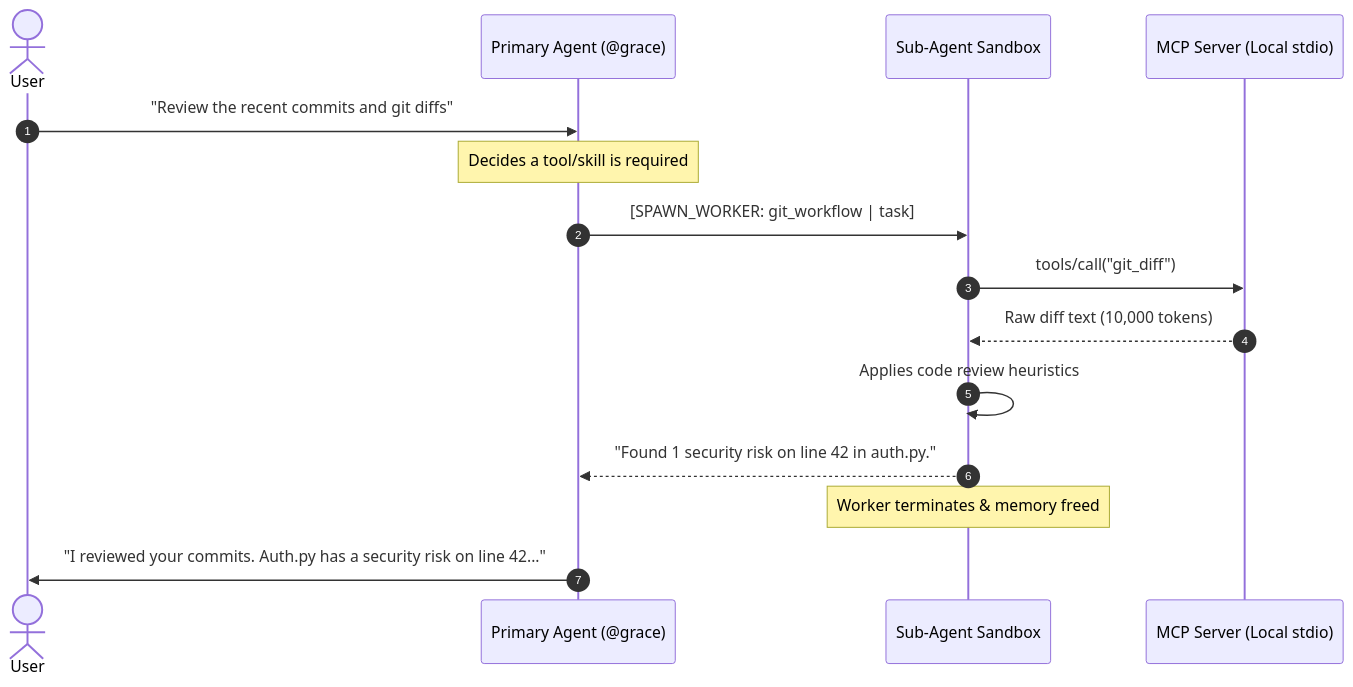
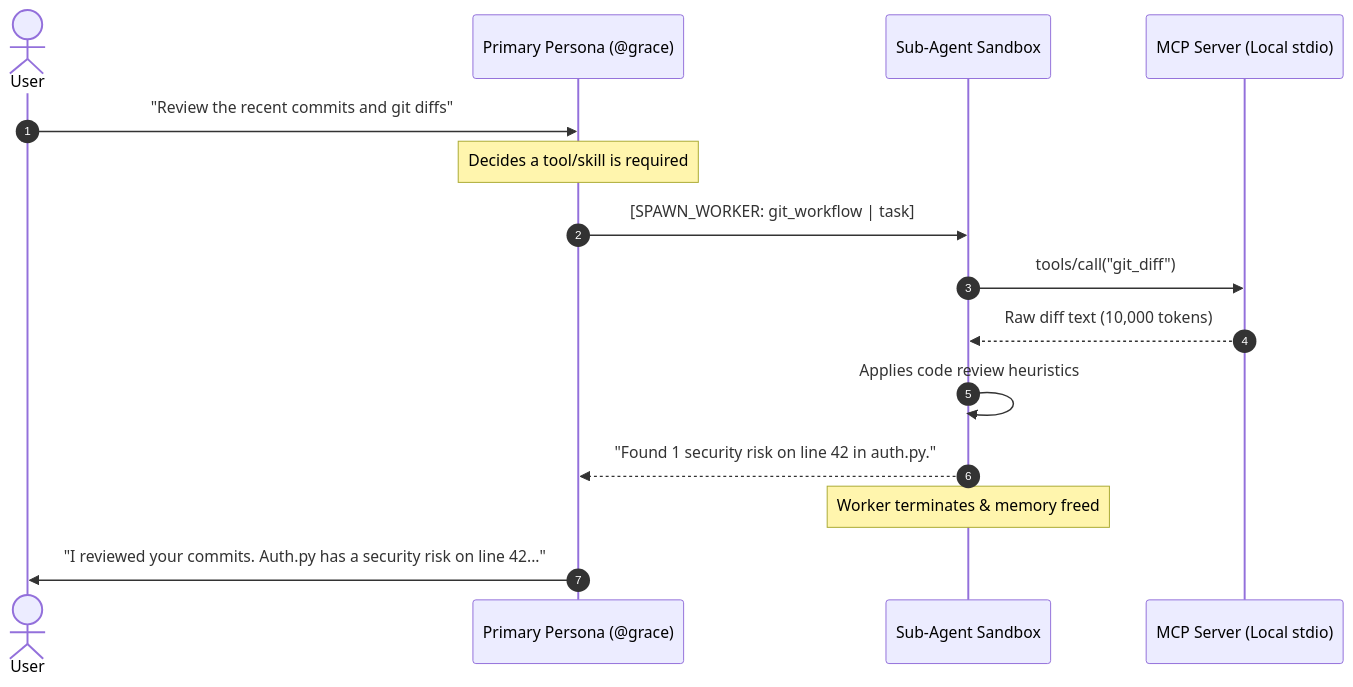
The diagram in docs/wiki/architecture/mcp-and-workers.md (studiodamiro/sympose), drawn with Mermaid before and after one commit. The commit also changed other lines of this file and 30 other files, not shown here.

First line of the commit message:
docs: revisit ADR-071 (not triggered) and rename Agent -> Persona in the wiki

````diff
--- a/docs/wiki/architecture/mcp-and-workers.md
+++ b/docs/wiki/architecture/mcp-and-workers.md
@@ -30,18 +30,18 @@
 ```mermaid
 sequenceDiagram
     autonumber
     actor User
-    participant Grace as Primary Agent (@grace)
+    participant Grace as Primary Persona (@grace)
     participant Worker as Sub-Agent Sandbox
     participant MCP as MCP Server (Local stdio)
 
     User->>Grace: "Review the recent commits and git diffs"
     Note over Grace: Decides a tool/skill is required
     Grace->>Worker: [SPAWN_WORKER: git_workflow | task]
     Worker->>MCP: tools/call("git_diff")
     MCP-->>Worker: Raw diff text (10,000 tokens)
     Worker->>Worker: Applies code review heuristics
     Worker-->>Grace: "Found 1 security risk on line 42 in auth.py."
     Note over Worker: Worker terminates & memory freed
     Grace->>User: "I reviewed your commits. Auth.py has a security risk on line 42..."
 ```
````
